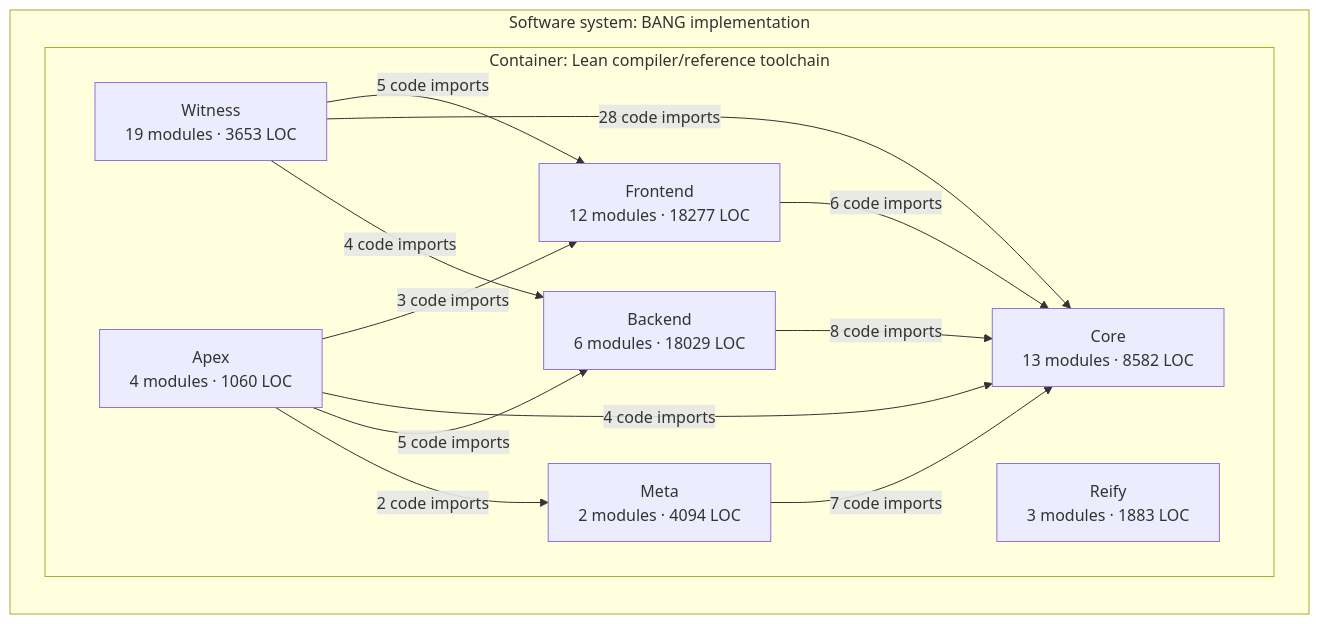
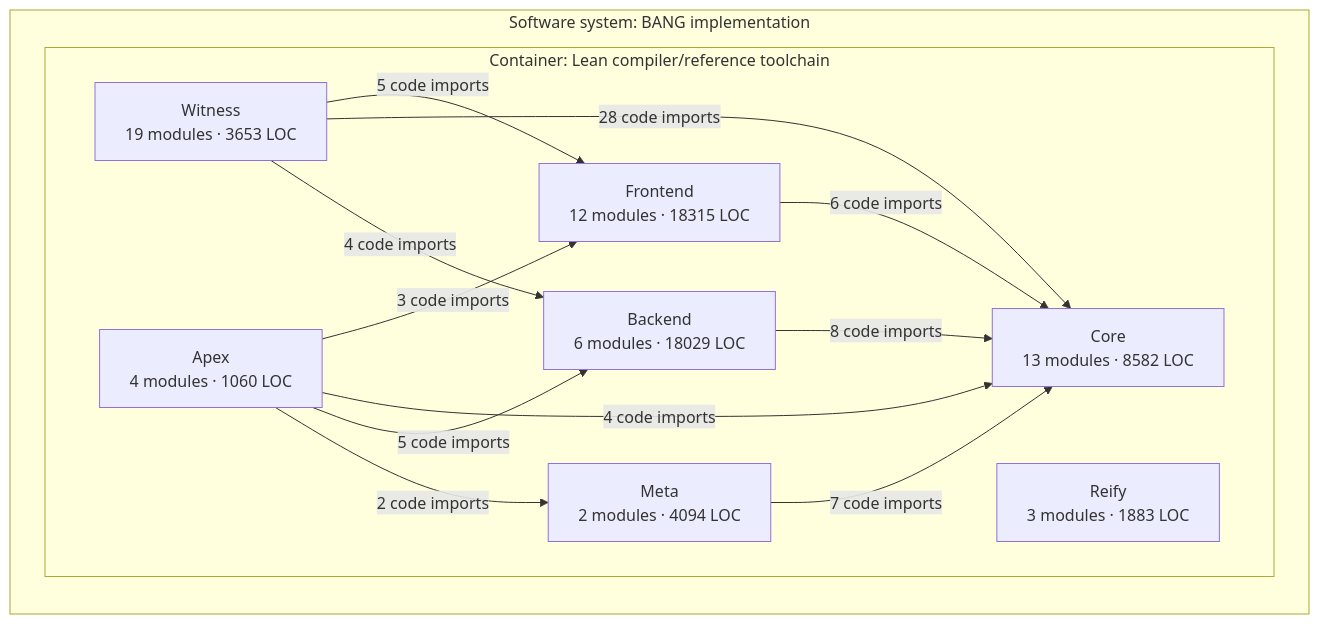
The third of 3 diagrams in docs/architecture/core-overview.md (phibkro/bang), drawn with Mermaid before and after one commit. The commit also changed other lines of this file and 13 other files, not shown here.

````diff
--- a/docs/architecture/core-overview.md
+++ b/docs/architecture/core-overview.md
@@ -160,24 +160,24 @@
 ```mermaid
 flowchart LR
   subgraph system_BANG["Software system: BANG implementation"]
     subgraph container_Lean_toolchain["Container: Lean compiler/reference toolchain"]
-      component_Frontend["Frontend<br/>12 modules · 18277 LOC"]
+      component_Frontend["Frontend<br/>12 modules · 18315 LOC"]
       component_Core["Core<br/>13 modules · 8582 LOC"]
       component_Backend["Backend<br/>6 modules · 18029 LOC"]
       component_Meta["Meta<br/>2 modules · 4094 LOC"]
       component_Witness["Witness<br/>19 modules · 3653 LOC"]
       component_Reify["Reify<br/>3 modules · 1883 LOC"]
       component_Apex["Apex<br/>4 modules · 1060 LOC"]
     end
   end
   component_Frontend -->|6 code imports| component_Core
   component_Backend -->|8 code imports| component_Core
   component_Meta -->|7 code imports| component_Core
   component_Witness -->|5 code imports| component_Frontend
   component_Witness -->|28 code imports| component_Core
   component_Witness -->|4 code imports| component_Backend
   component_Apex -->|3 code imports| component_Frontend
   component_Apex -->|4 code imports| component_Core
   component_Apex -->|5 code imports| component_Backend
   component_Apex -->|2 code imports| component_Meta
 ```
````
